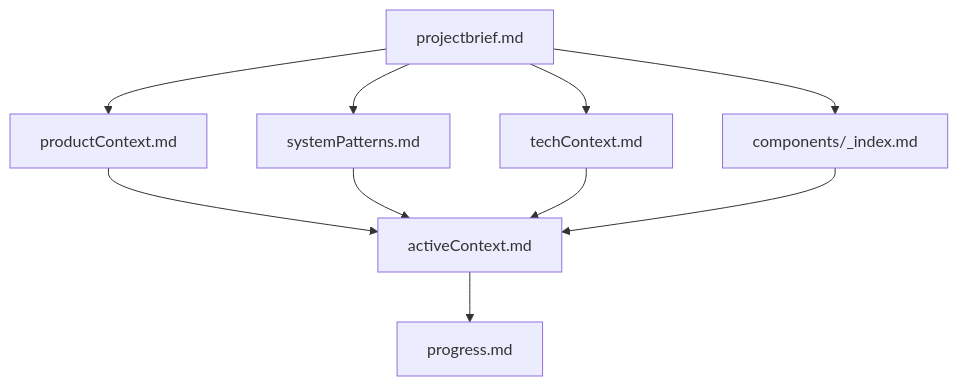
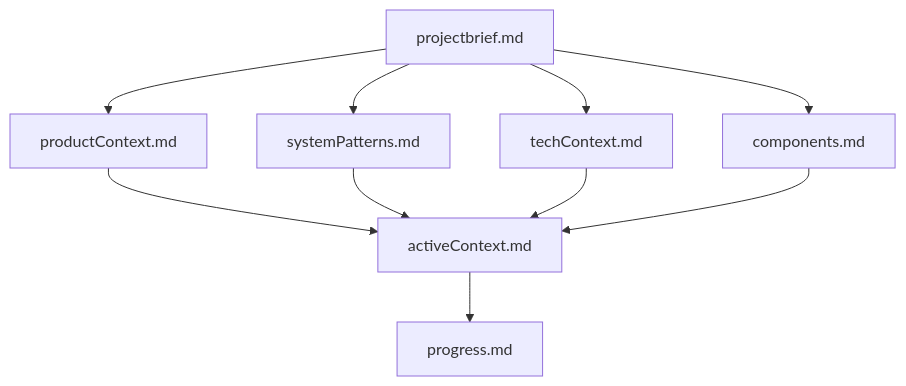
One commit to gitpod-io/gitpod changed the first of 4 diagrams in .clinerules/memory-bank.md. Above: the diagram before and after it, drawn with Mermaid. The commit also changed other lines of this file and 4 other files, not shown here.

````diff
--- a/.clinerules/memory-bank.md
+++ b/.clinerules/memory-bank.md
@@ -9,14 +9,14 @@
 ```mermaid
 flowchart TD
     PB[projectbrief.md] --> PC[productContext.md]
     PB --> SP[systemPatterns.md]
     PB --> TC[techContext.md]
-    PB --> CI[components/_index.md]
+    PB --> CI[components.md]
 
     PC --> AC[activeContext.md]
     SP --> AC
     TC --> AC
     CI --> AC
 
     AC --> P[progress.md]
 ```
````
